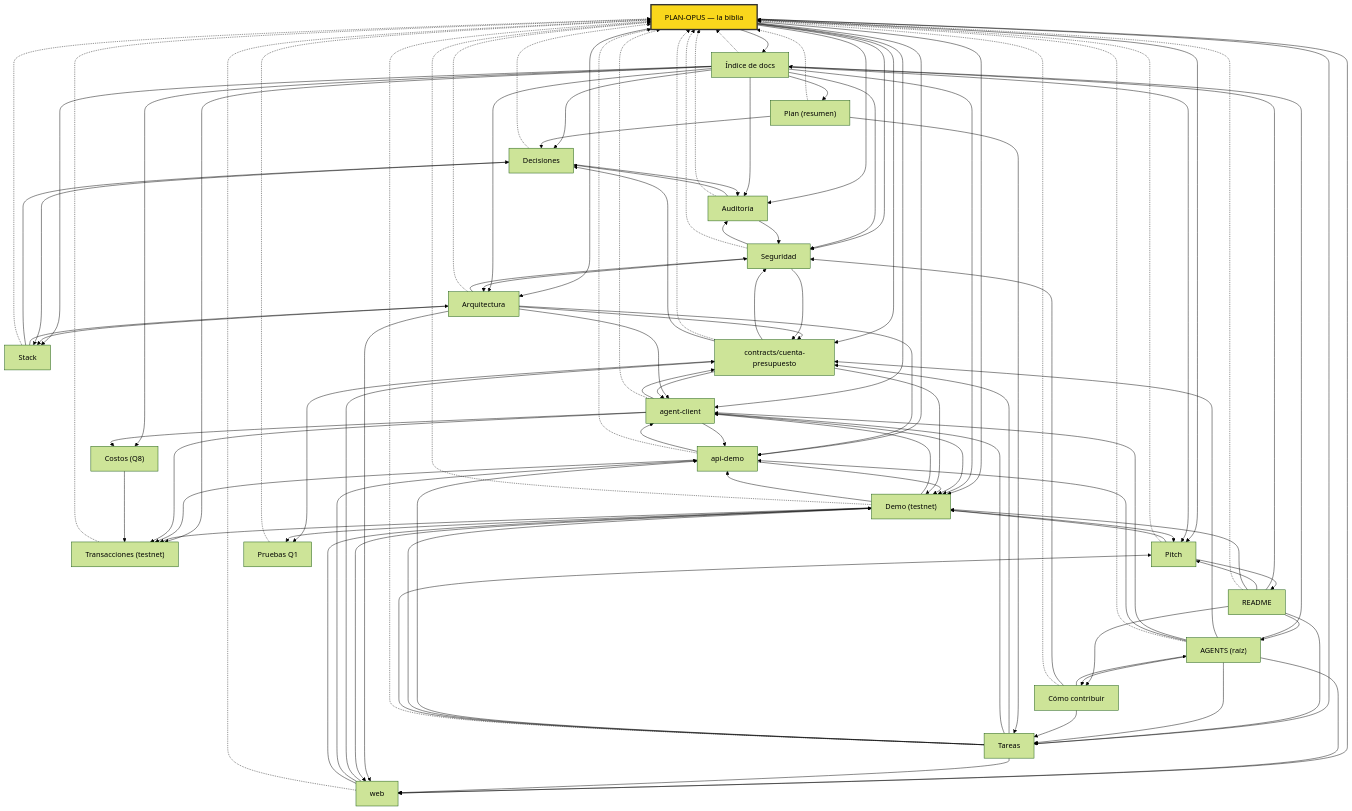
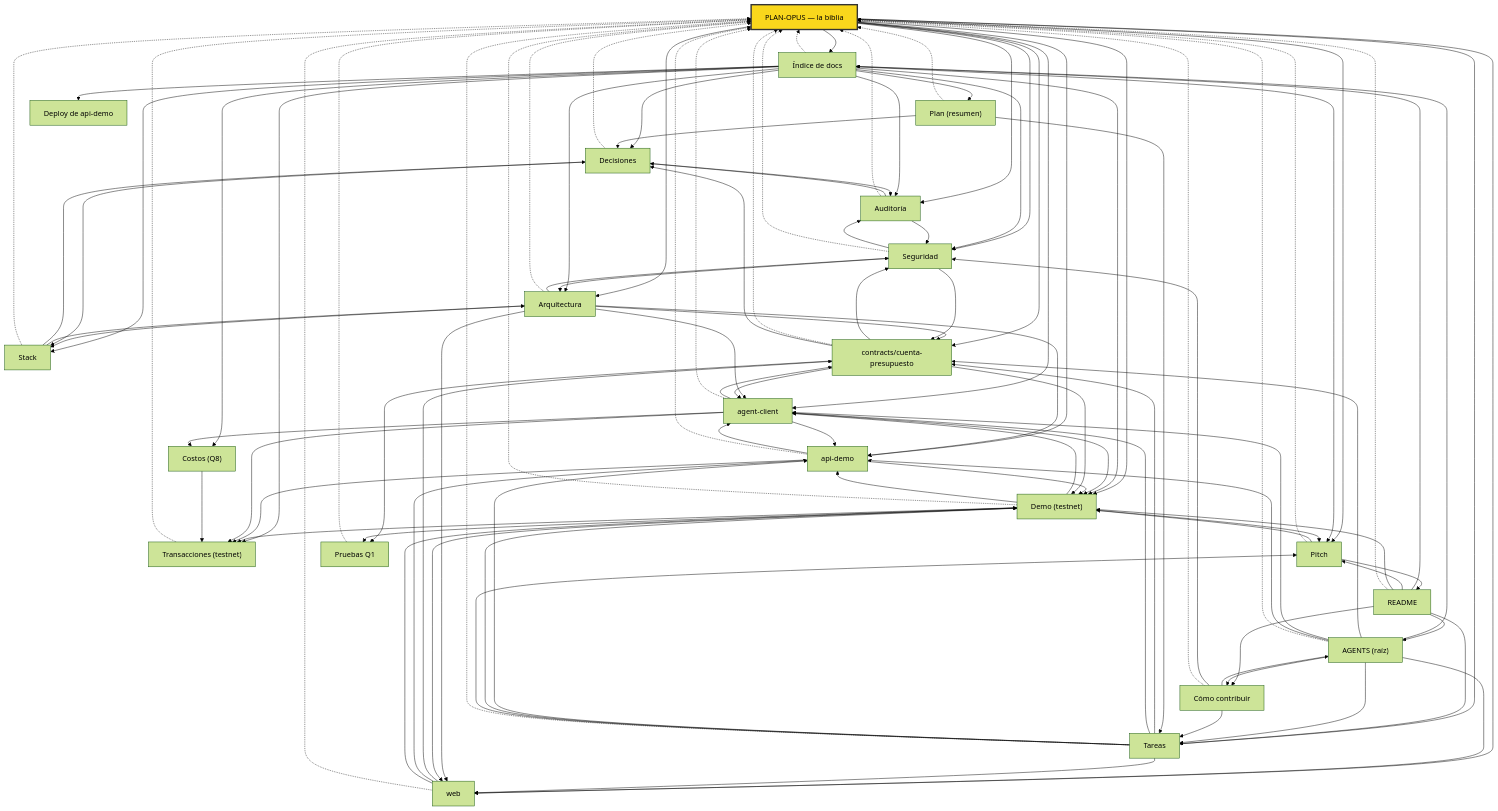
One commit to jxsu404/quickchain changed the diagram in docs/MAPA.md. Above: the diagram before and after it, drawn with Mermaid (forest theme). The commit also changed other lines of this file and 6 other files, not shown here.

Commit message:
Deploy de api-demo: render.yaml + Dockerfile.api-demo + docs/deploy-api.md

```diff
--- a/docs/MAPA.md
+++ b/docs/MAPA.md
@@ -19,6 +19,7 @@
   docs_DEMO_md["Demo (testnet)"]
   docs_transacciones_md["Transacciones (testnet)"]
   docs_COSTOS_md["Costos (Q8)"]
+  docs_deploy_api_md["Deploy de api-demo"]
   docs_PITCH_md["Pitch"]
   docs_pruebas_q1_md["Pruebas Q1"]
   contracts_cuenta_presupuesto_AGENTS_md["contracts/cuenta-presupuesto"]
@@ -90,6 +91,7 @@
   api_demo_AGENTS_md --> docs_transacciones_md
   agent_client_AGENTS_md --> docs_transacciones_md
   docs_INDICE_md --> docs_COSTOS_md
+  docs_INDICE_md --> docs_deploy_api_md
   docs_COSTOS_md --> docs_transacciones_md
   agent_client_AGENTS_md --> docs_COSTOS_md
   docs_DEMO_md --> agent_client_AGENTS_md
```
